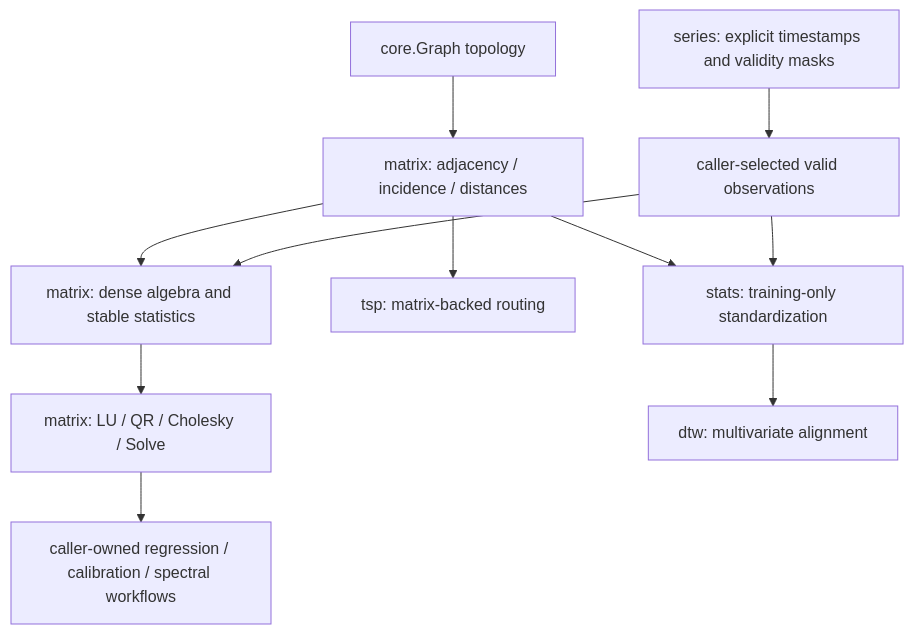
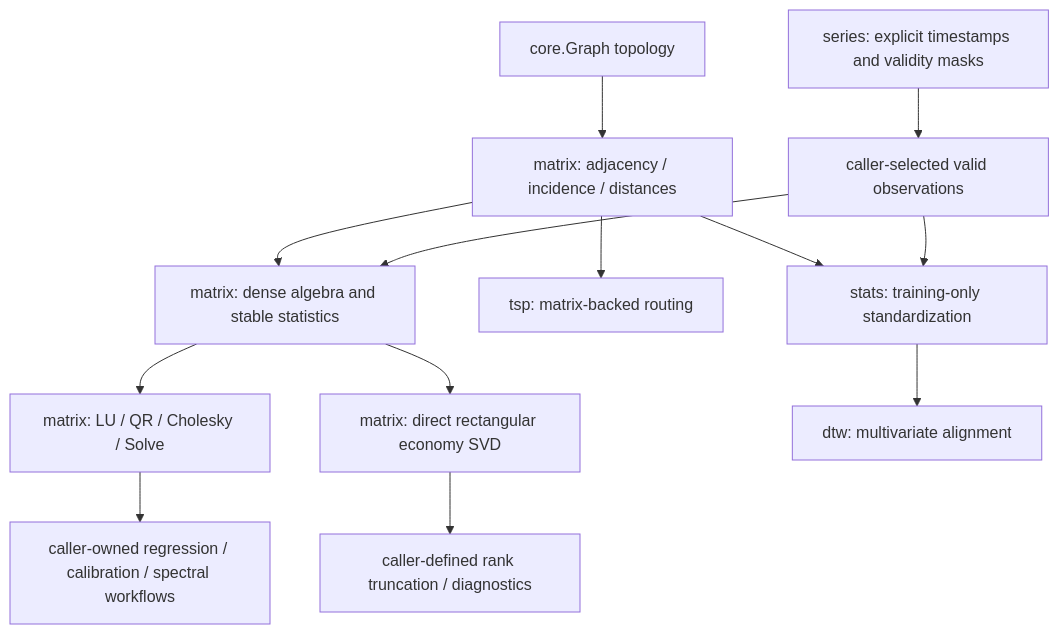
One commit to lvlath/go changed the first of 2 diagrams in docs/MATRICES.md. Above: the diagram before and after it, drawn with Mermaid. The commit also changed other lines of this file and 4 other files, not shown here.

Commit message:
upgrade matrix (added svd)

````diff
--- a/docs/MATRICES.md
+++ b/docs/MATRICES.md
@@ -1146,13 +1152,15 @@
 ```mermaid
 flowchart TD
     Core[core.Graph topology] --> Mat[matrix: adjacency / incidence / distances]
     Mat --> Num[matrix: dense algebra and stable statistics]
     Num --> Fac[matrix: LU / QR / Cholesky / Solve]
+    Num --> SVD[matrix: direct rectangular economy SVD]
     Mat --> TSP[tsp: matrix-backed routing]
     Mat --> Stats[stats: training-only standardization]
     Series[series: explicit timestamps and validity masks] --> App[caller-selected valid observations]
     App --> Stats
     App --> Num
     Stats --> DTW[dtw: multivariate alignment]
     Fac --> Apps[caller-owned regression / calibration / spectral workflows]
+    SVD --> Compression[caller-defined rank truncation / diagnostics]
 ```
````
